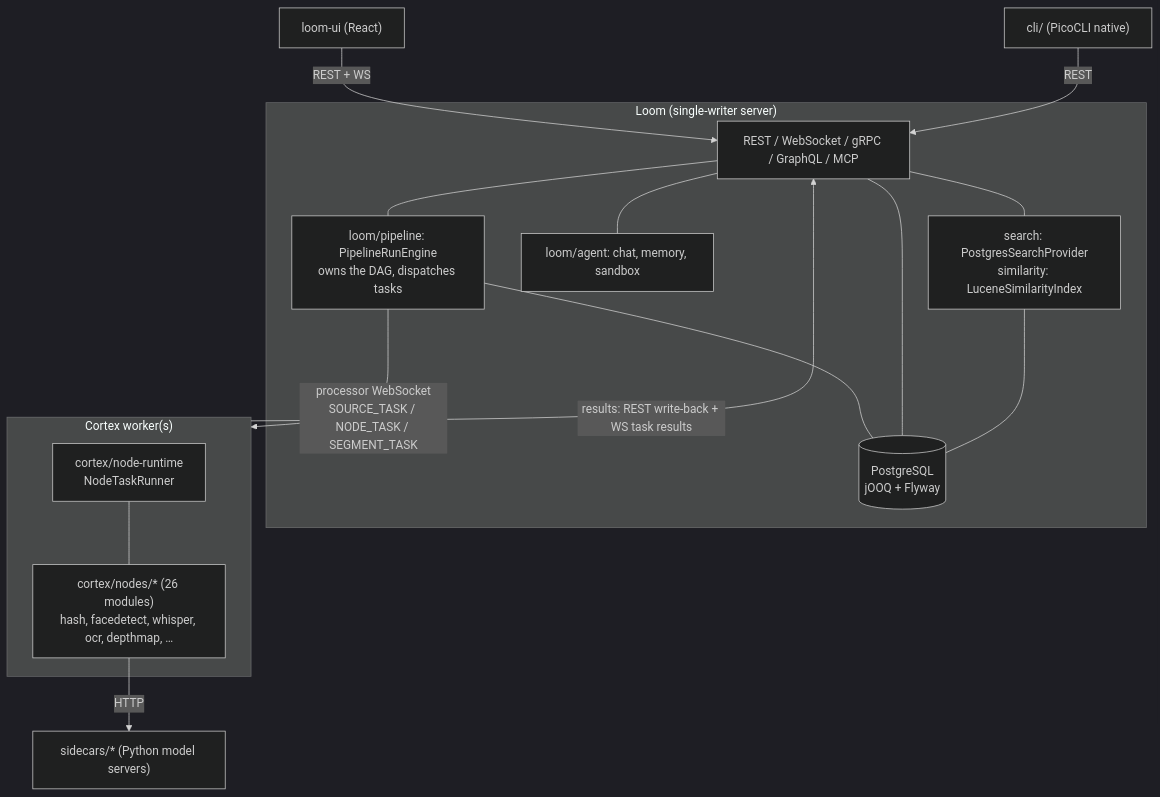
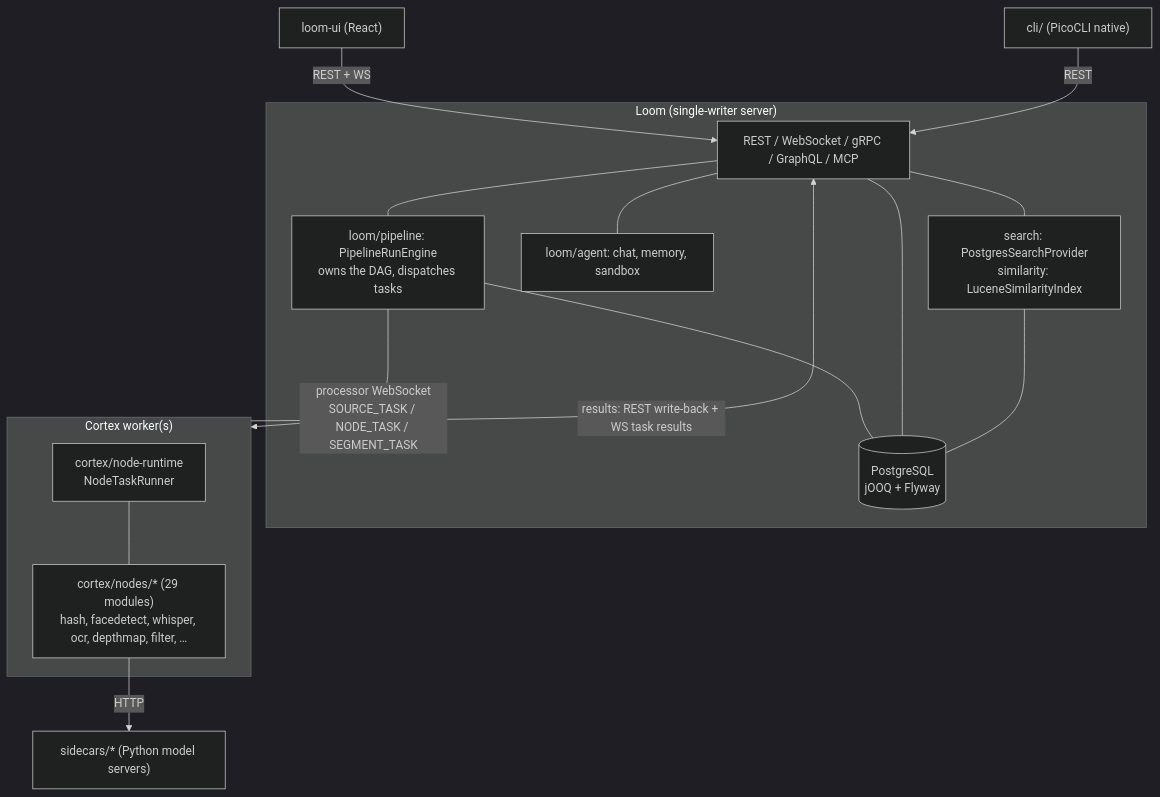
The diagram in spec/CONTEXT.md (metaloom/metaloom), drawn with Mermaid (dark theme) before and after one commit. The commit also changed other lines of this file and 278 other files, not shown here.

Commit message:
Add filter, translate, gdrive, cloud source nodes

````diff
--- a/spec/CONTEXT.md
+++ b/spec/CONTEXT.md
@@ -77,26 +77,26 @@
 ```mermaid
 graph TB
     UI["loom-ui (React)"] -->|REST + WS| REST
     CLI["cli/ (PicoCLI native)"] -->|REST| REST
     subgraph LOOM["Loom (single-writer server)"]
         REST["REST / WebSocket / gRPC / GraphQL / MCP"]
         ENG["loom/pipeline: PipelineRunEngine<br/>owns the DAG, dispatches tasks"]
         DB[("PostgreSQL<br/>jOOQ + Flyway")]
         AG["loom/agent: chat, memory, sandbox"]
         SR["search: PostgresSearchProvider<br/>similarity: LuceneSimilarityIndex"]
         REST --- ENG
         REST --- AG
         REST --- SR
         ENG --- DB
         REST --- DB
         SR --- DB
     end
     ENG -->|processor WebSocket<br/>SOURCE_TASK / NODE_TASK / SEGMENT_TASK| CX
     subgraph CX["Cortex worker(s)"]
         RT["cortex/node-runtime<br/>NodeTaskRunner"]
-        ND["cortex/nodes/* (26 modules)<br/>hash, facedetect, whisper, ocr, depthmap, …"]
+        ND["cortex/nodes/* (29 modules)<br/>hash, facedetect, whisper, ocr, depthmap, filter, …"]
         RT --- ND
     end
     ND -->|HTTP| SC["sidecars/* (Python model servers)"]
     CX -->|results: REST write-back + WS task results| REST
 ```
````
